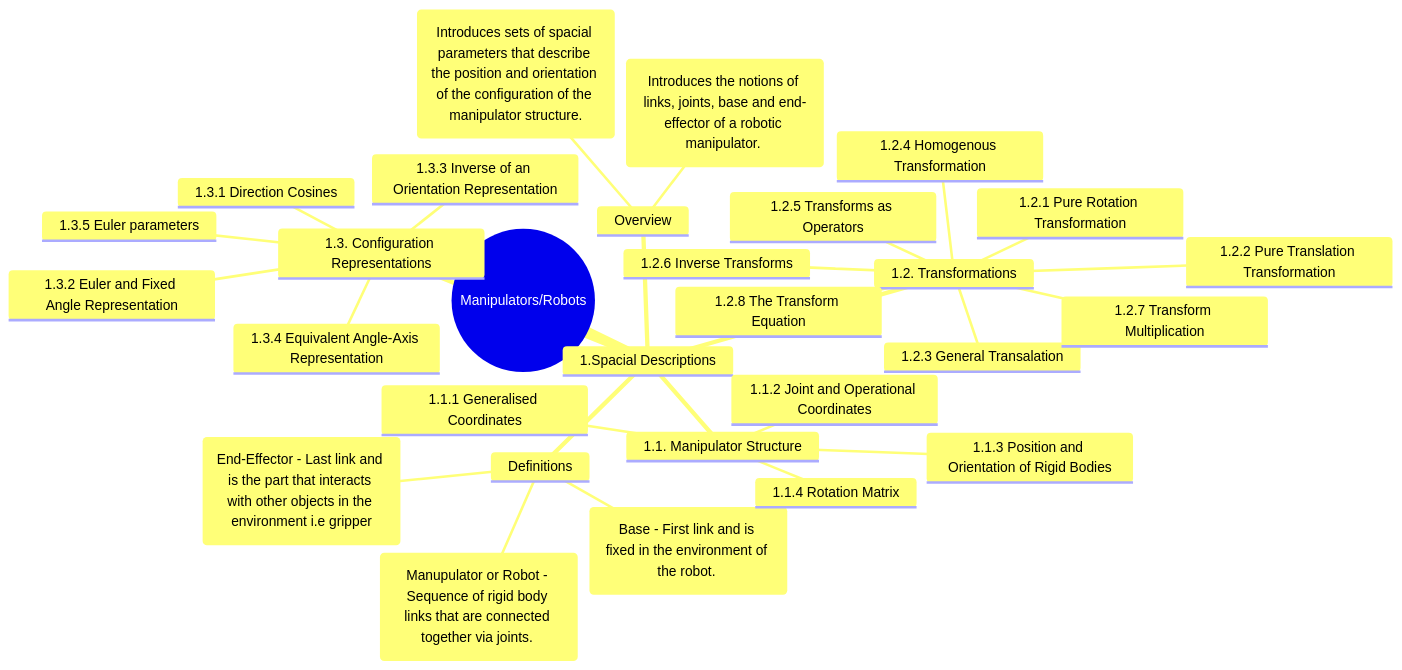
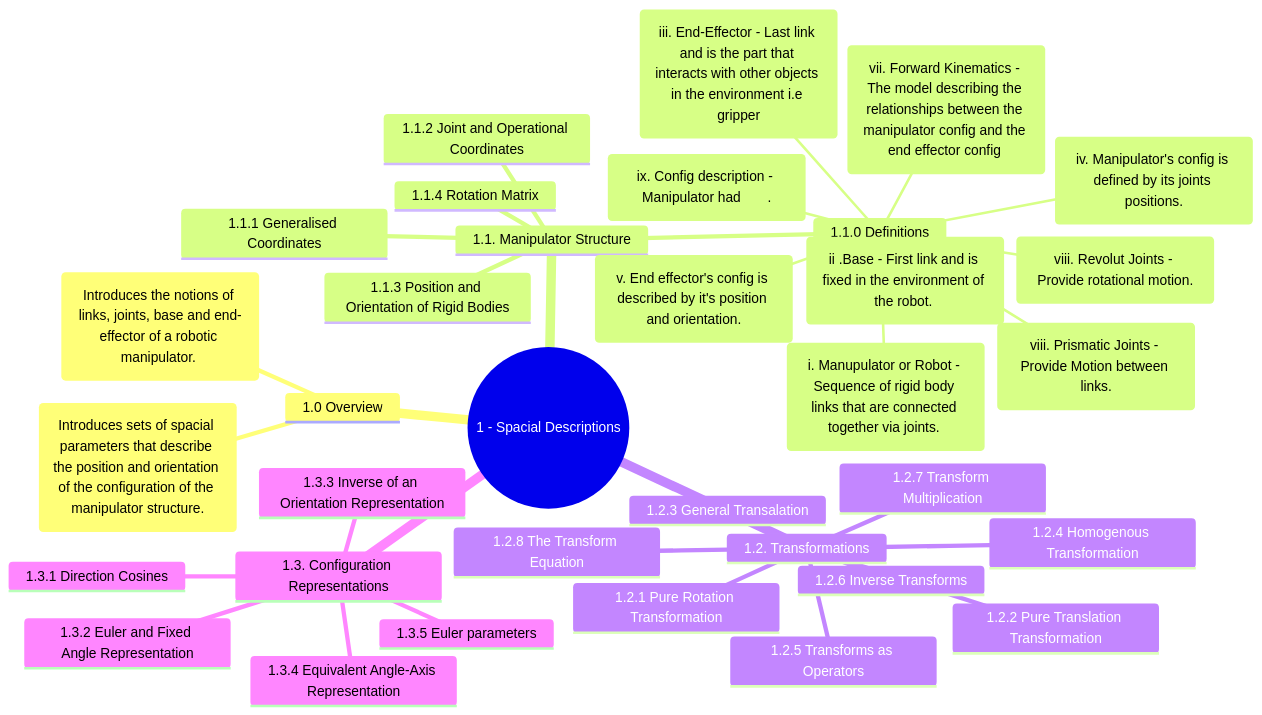
The diagram in robotics/1-Spacial-Descriptions.mmd (mthlongwane/notes), drawn with Mermaid before and after one commit.

Commit message:
robotics spacial descriptions minor update

```diff
--- a/robotics/1-Spacial-Descriptions.mmd
+++ b/robotics/1-Spacial-Descriptions.mmd
@@ -1,30 +1,41 @@
 mindmap
-  root((Manipulators/Robots))
-    1.Spacial Descriptions 
-      Overview
+  root((1 - Spacial Descriptions ))
+    
+    1.0 Overview
         block-beta id1("Introduces the notions of links, joints, base and end-effector of a robotic manipulator. ")
         block-beta id1("Introduces sets of spacial parameters that describe the position and orientation of the configuration of the manipulator structure.")
-      Definitions
-          block-beta id1("Manupulator or Robot - Sequence of rigid body links that are connected together via joints. ")
-          block-beta id1("Base - First link and is fixed in the environment of the robot. ")
-          block-beta id1("End-Effector - Last link and is the part that interacts with other objects in the environment i.e gripper")
-      1.1. Manipulator Structure
+
+    1.1. Manipulator Structure
+        1.1.0 Definitions
+            block-beta id1("i. Manupulator or Robot - Sequence of rigid body links that are connected together via joints. ")
+            block-beta id1("ii .Base - First link and is fixed in the environment of the robot. ")
+            block-beta id1("iii. End-Effector - Last link and is the part that interacts with other objects in the environment i.e gripper")
+
+            block-beta id1("iv. Manipulator's config is defined by its joints positions.")
+            block-beta id1("v. End effector's config is described by it's position and orientation.")
+            block-beta id1("vii. Forward Kinematics - The model describing the relationships between the manipulator config and the end effector config ")
+
+            block-beta id1("viii. Prismatic Joints - Provide Motion between links.")
+            block-beta id1("viii. Revolut Joints - Provide rotational motion.")
+
+            block-beta id1("ix. Config description - Manipulator had       .")
+
         1.1.1 Generalised Coordinates
         1.1.2 Joint and Operational Coordinates
         1.1.3 Position and Orientation of Rigid Bodies
         1.1.4 Rotation Matrix
-      1.2. Transformations
+    1.2. Transformations
         1.2.1 Pure Rotation Transformation
         1.2.2 Pure Translation Transformation
         1.2.3 General Transalation
         1.2.4 Homogenous Transformation
         1.2.5 Transforms as Operators
         1.2.6 Inverse Transforms
         1.2.7 Transform Multiplication
         1.2.8 The Transform Equation
-      1.3. Configuration Representations
-        1.3.1 Direction Cosines
-        1.3.2 Euler and Fixed Angle Representation
-        1.3.3 Inverse of an Orientation Representation
-        1.3.4 Equivalent Angle-Axis Representation
-        1.3.5 Euler parameters
+    1.3. Configuration Representations
+                1.3.1 Direction Cosines
+                1.3.2 Euler and Fixed Angle Representation
+                1.3.3 Inverse of an Orientation Representation
+                1.3.4 Equivalent Angle-Axis Representation
+                1.3.5 Euler parameters
```
